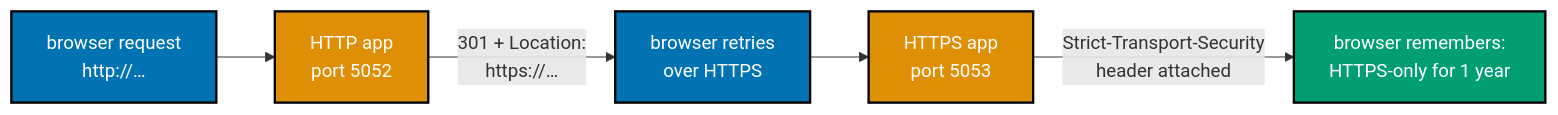
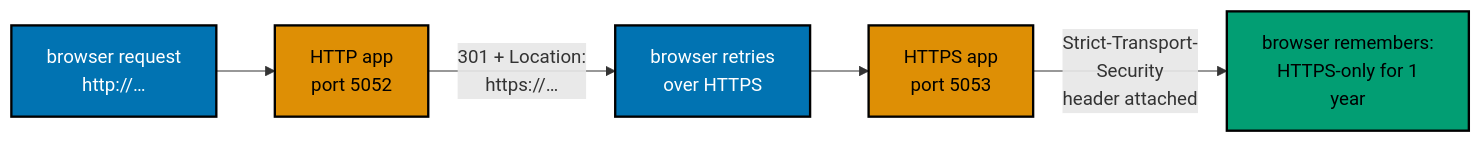
The first of 6 diagrams in apps/ayokoding-www/content/en/learn/courses/security-essentials/learning/advanced.md (wahidyankf/ose-public), drawn with Mermaid before and after one commit. The commit also changed other lines of this file and 145 other files, not shown here.

First line of the commit message:
fix(mermaid): bring the second half of the courses diagrams onto the accessible palette

````diff
--- a/apps/ayokoding-www/content/en/learn/courses/security-essentials/learning/advanced.md
+++ b/apps/ayokoding-www/content/en/learn/courses/security-essentials/learning/advanced.md
@@ -350,12 +350,15 @@
 ```mermaid
 %% Color Palette: Blue #0173B2, Orange #DE8F05, Teal #029E73
 graph LR
+    accTitle: Example 52: HSTS and the HTTP → HTTPS Redirect
+    accDescr: Graph with 5 nodes and 4 connections. Nodes: browser request http://…, HTTP app port 5052, browser retries over HTTPS, HTTPS app port 5053, browser remembers: HTTPS-only for 1 year. Connections: browser request http://… to HTTP app port 5052, HTTP app port 5052 to browser retries over HTTPS (301 + Location: https://…), browser retries over HTTPS to HTTPS app port 5053, HTTPS app port 5053 to browser remembers: HTTPS-only for 1 year (Strict-Transport- Security header attached).
     A["browser request<br/>http://…"]:::blue --> B["HTTP app<br/>port 5052"]:::orange
     B -->|"301 + Location:<br/>https://…"| C["browser retries<br/>over HTTPS"]:::blue
     C --> D["HTTPS app<br/>port 5053"]:::orange
-    D -->|"Strict-Transport-Security<br/>header attached"| E["browser remembers:<br/>HTTPS-only for 1 year"]:::teal
+    D -->|"Strict-Transport-<br/>Security<br/>header attached"| E["browser remembers:<br/>HTTPS-only for 1<br/>year"]:::teal
 
     classDef blue fill:#0173B2,stroke:#000000,color:#FFFFFF,stroke-width:2px
-    classDef orange fill:#DE8F05,stroke:#000000,color:#FFFFFF,stroke-width:2px
-    classDef teal fill:#029E73,stroke:#000000,color:#FFFFFF,stroke-width:2px
+    classDef orange fill:#DE8F05,stroke:#000000,color:#000000,stroke-width:2px
+    classDef teal fill:#029E73,stroke:#000000,color:#000000,stroke-width:2px
+    classDef default fill:#FFFFFF,stroke:#000000,color:#000000
 ```
````
